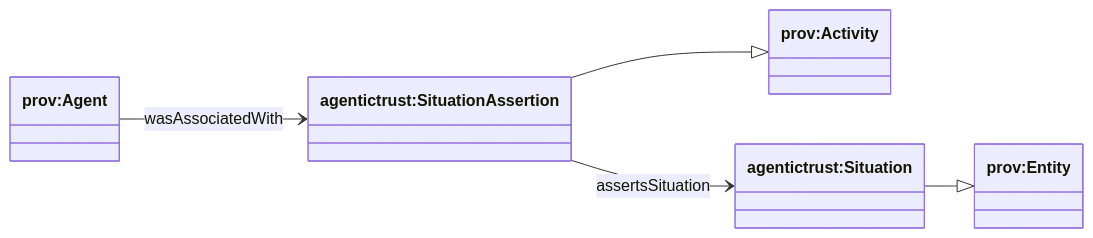
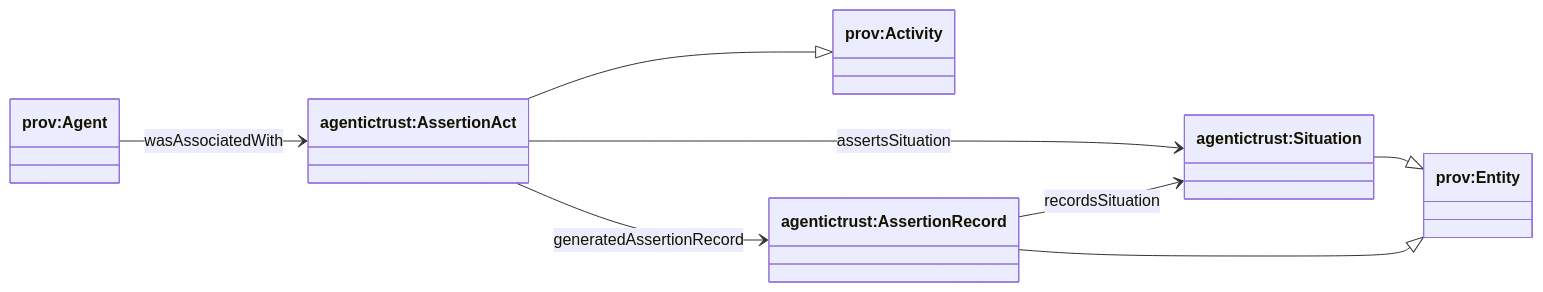
Before and after one commit to Agentic-Trust-Layer/agent-explorer: the first of 3 diagrams in docs/ontology/trust-graph.md, drawn with Mermaid. The commit also changed other lines of this file and 12 other files, not shown here.

````diff
--- a/docs/ontology/trust-graph.md
+++ b/docs/ontology/trust-graph.md
@@ -11,17 +11,21 @@
 ```mermaid
 classDiagram
 direction LR
 
 class provEntity["prov:Entity"]
 class provActivity["prov:Activity"]
 class provAgent["prov:Agent"]
 
 class Situation["agentictrust:Situation"]
-class SituationAssertion["agentictrust:SituationAssertion"]
+class AssertionAct["agentictrust:AssertionAct"]
+class AssertionRecord["agentictrust:AssertionRecord"]
 
 Situation --|> provEntity
-SituationAssertion --|> provActivity
+AssertionAct --|> provActivity
+AssertionRecord --|> provEntity
 
-provAgent --> SituationAssertion : wasAssociatedWith
-SituationAssertion --> Situation : assertsSituation
+provAgent --> AssertionAct : wasAssociatedWith
+AssertionAct --> Situation : assertsSituation
+AssertionAct --> AssertionRecord : generatedAssertionRecord
+AssertionRecord --> Situation : recordsSituation
 ```
````
